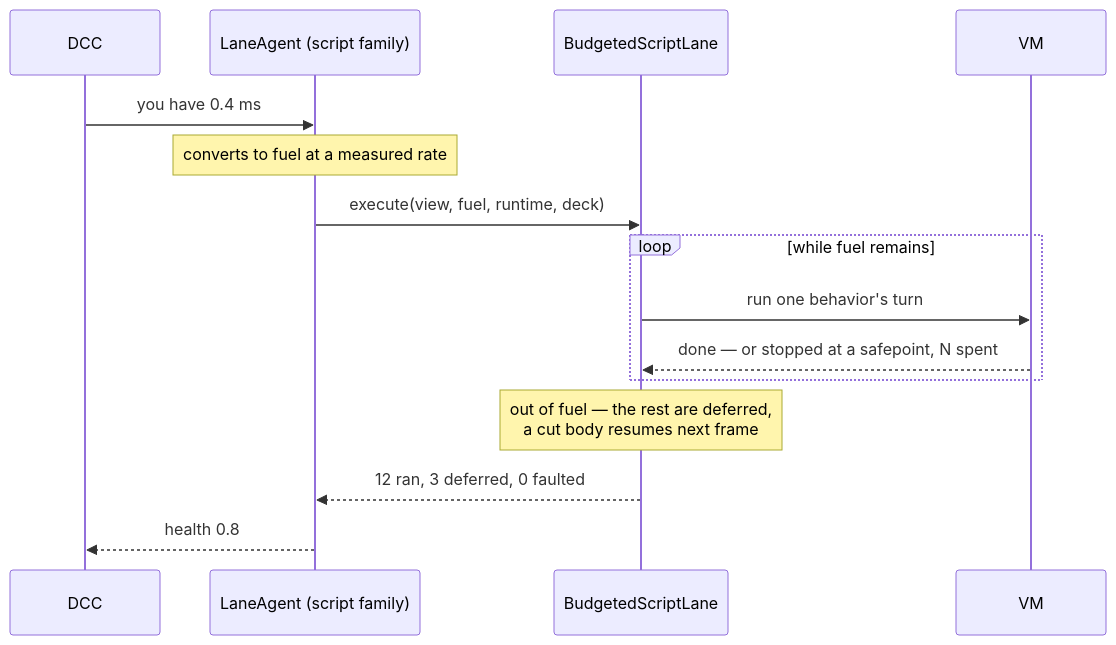
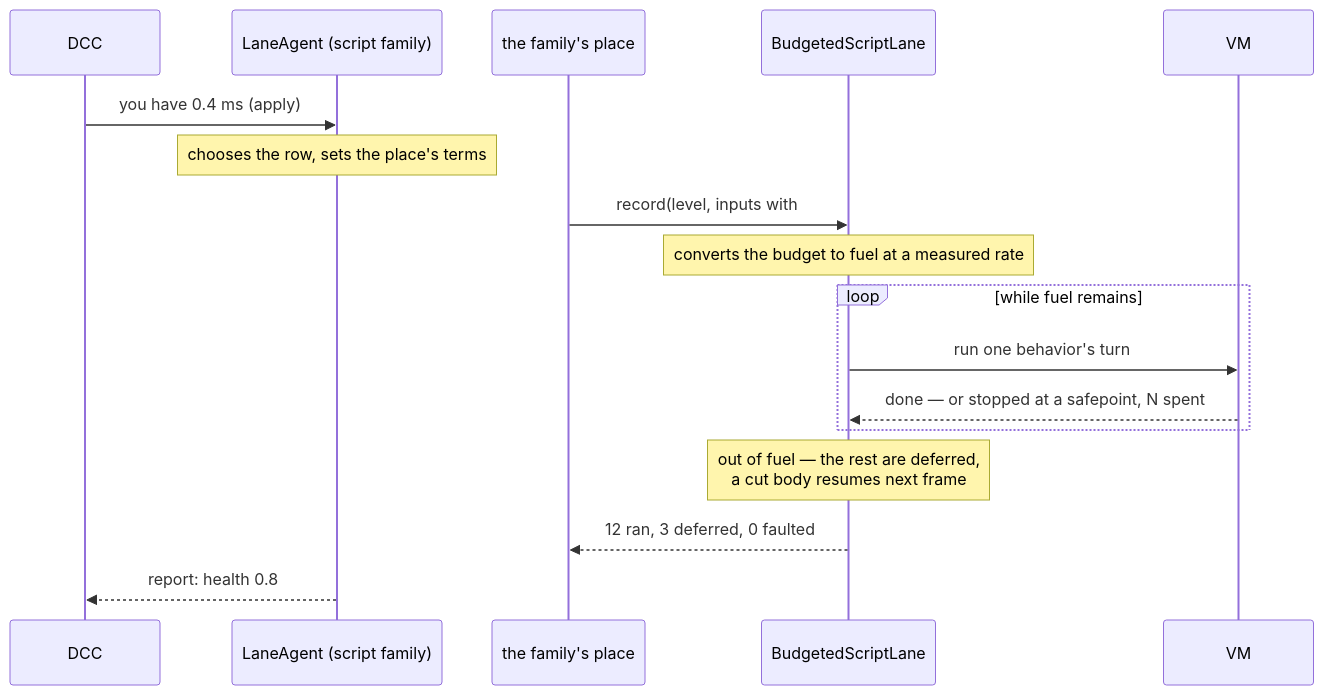
One commit to eraflo/KhoraEngine changed the diagram in docs/src/concepts/scripting/under-the-hood.md. Above: the diagram before and after it, drawn with Mermaid. The commit also changed 41 other files, not shown here.

First line of the commit message:
docs: a subsystem is a family; the docs match the one-agent, one-protocol engine

````diff
--- a/docs/src/concepts/scripting/under-the-hood.md
+++ b/docs/src/concepts/scripting/under-the-hood.md
@@ -23,18 +23,20 @@
 ```mermaid
 sequenceDiagram
     participant DCC
     participant Agent as LaneAgent (script family)
+    participant Place as the family's place
     participant Lane as BudgetedScriptLane
     participant VM
 
-    DCC->>Agent: you have 0.4 ms
-    Note over Agent: converts to fuel at a measured rate
-    Agent->>Lane: execute(view, fuel, runtime, deck)
+    DCC->>Agent: you have 0.4 ms (apply)
+    Note over Agent: chooses the row, sets the place's terms
+    Place->>Lane: record(level, inputs with #[budget], outputs)
+    Note over Lane: converts the budget to fuel at a measured rate
     loop while fuel remains
         Lane->>VM: run one behavior's turn
         VM-->>Lane: done — or stopped at a safepoint, N spent
     end
     Note over Lane: out of fuel — the rest are deferred,<br/>a cut body resumes next frame
-    Lane-->>Agent: 12 ran, 3 deferred, 0 faulted
-    Agent-->>DCC: health 0.8
+    Lane-->>Place: 12 ran, 3 deferred, 0 faulted
+    Agent-->>DCC: report: health 0.8
 ```
````
